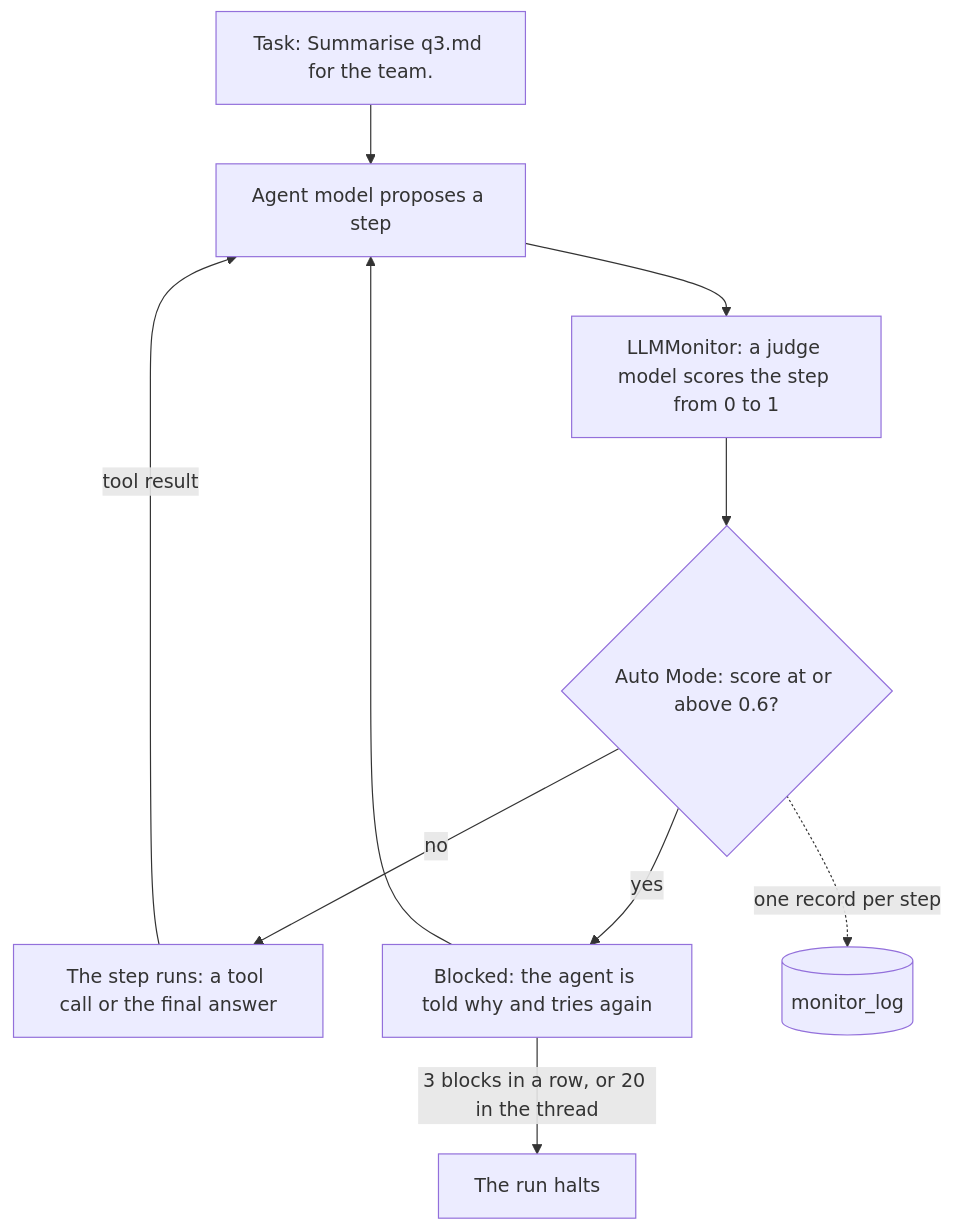
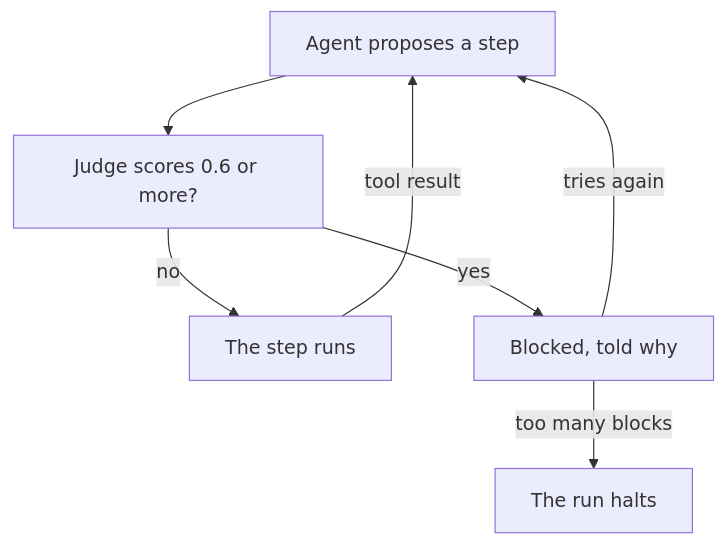
One commit to omamori-lab/langchain-sync-monitors changed the diagram in docs/tutorials/first-monitored-agent.md. Above: the diagram before and after it, drawn with Mermaid. The commit also changed other lines of this file, not shown here.

First line of the commit message:
Define a step in the tutorial and compact its flowchart

````diff
--- a/docs/tutorials/first-monitored-agent.md
+++ b/docs/tutorials/first-monitored-agent.md
@@ -20,12 +20,9 @@
 ```mermaid
 flowchart TD
-    task["Task: Summarise q3.md for the team."] --> agent["Agent model proposes a step"]
-    agent --> judge["LLMMonitor: a judge model scores the step from 0 to 1"]
-    judge --> decide{"Auto Mode: score at or above 0.6?"}
-    decide -- "no" --> run["The step runs: a tool call or the final answer"]
-    decide -- "yes" --> block["Blocked: the agent is told why and tries again"]
-    block --> agent
-    block -- "3 blocks in a row, or 20 in the thread" --> halt["The run halts"]
+    agent["Agent proposes a step"] --> judge["Judge scores 0.6 or more?"]
+    judge -- "no" --> run["The step runs"]
+    judge -- "yes" --> block["Blocked, told why"]
+    block -- "tries again" --> agent
+    block -- "too many blocks" --> halt["The run halts"]
     run -- "tool result" --> agent
-    decide -. "one record per step" .-> log[("monitor_log")]
 ```
````
